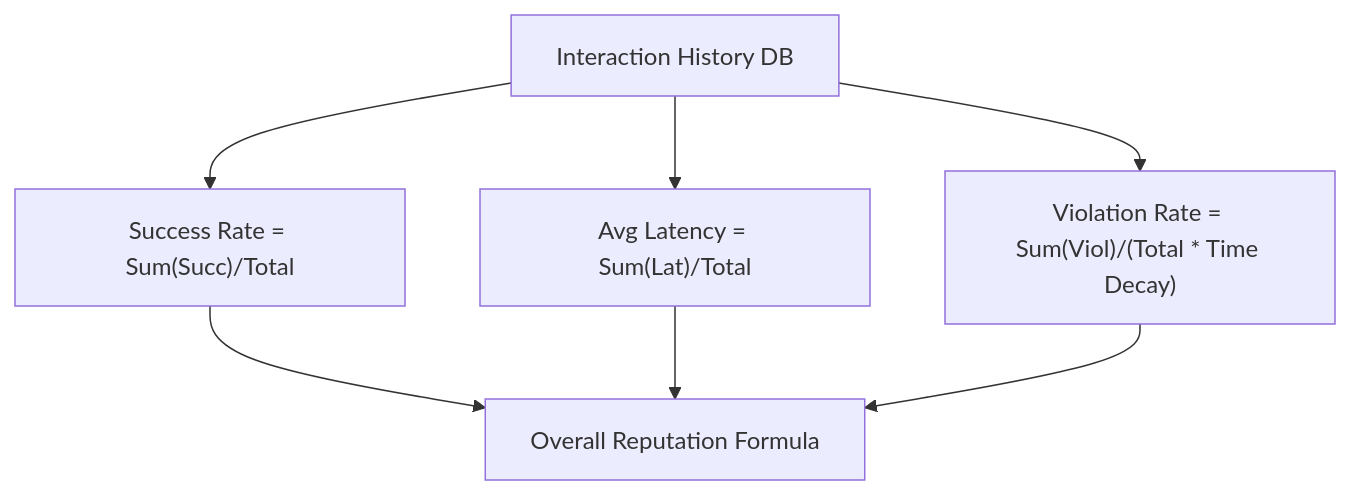
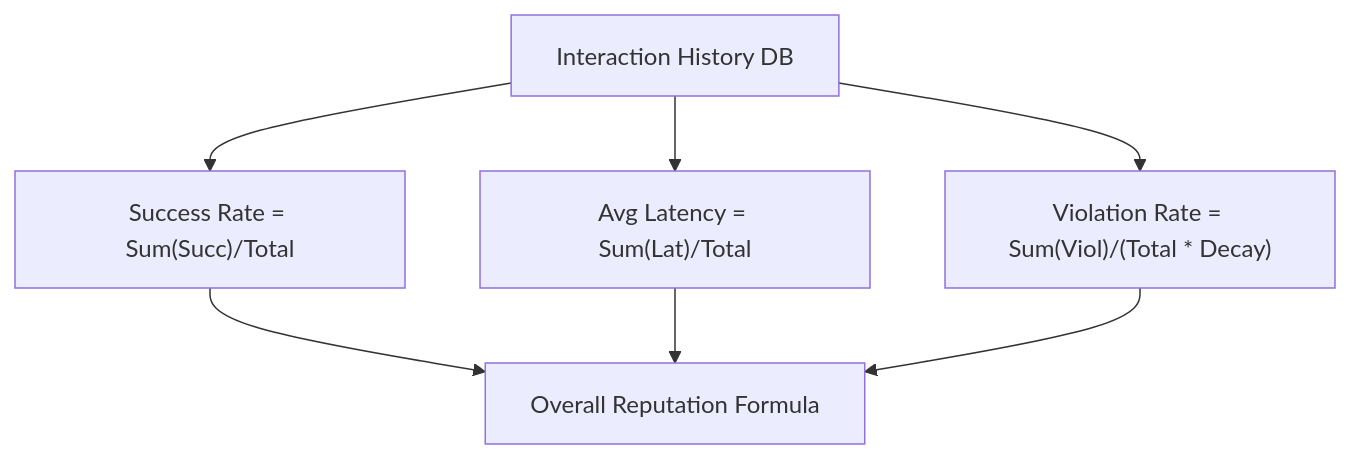
Before and after one commit to MrDecryptDecipher/Agent-Trust: diagram 16 of 30 in README.md, drawn with Mermaid. The commit also changed other lines of this file, not shown here.

Commit message:
Fix syntax errors across all 30 mermaid diagrams for GitHub markdown rendering

````diff
--- a/README.md
+++ b/README.md
@@ -235,10 +238,10 @@
 ```mermaid
 graph TD
     Events["Interaction History DB"]
     Events --> Succ["Success Rate = Sum(Succ)/Total"]
     Events --> Lat["Avg Latency = Sum(Lat)/Total"]
-    Events --> Viol["Violation Rate = Sum(Viol)/(Total * Time Decay)"]
+    Events --> Viol["Violation Rate = Sum(Viol)/(Total * Decay)"]
     Succ --> Rep["Overall Reputation Formula"]
     Lat --> Rep
     Viol --> Rep
 ```
````
